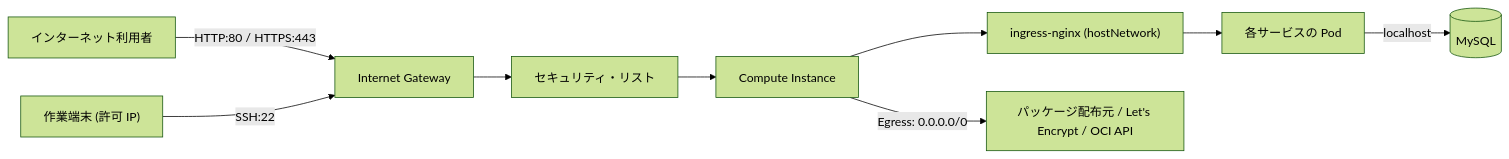
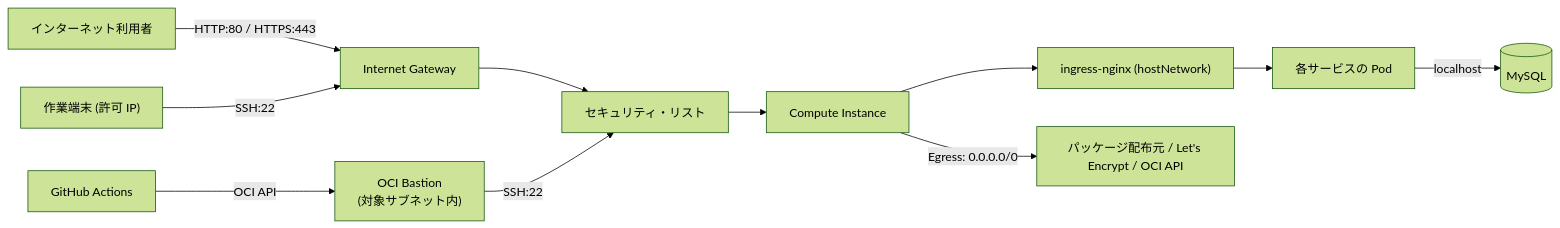
The diagram in docs/02.design/02.network/2章_基本設計書_ネットワーク設計.md (Seiya-Nakagawa/infra-oci), drawn with Mermaid (forest theme) before and after one commit. The commit also changed other lines of this file and 10 other files, not shown here.

First line of the commit message:
feat: Ansible CI/CD 用に OCI Bastion と最小権限 IAM を追加 (#138)

````diff
--- a/docs/02.design/02.network/2章_基本設計書_ネットワーク設計.md
+++ b/docs/02.design/02.network/2章_基本設計書_ネットワーク設計.md
@@ -58,11 +58,13 @@
 ```mermaid
 graph LR
     U["インターネット利用者"] -->|HTTP:80 / HTTPS:443| IGW["Internet Gateway"]
     OP["作業端末 (許可 IP)"] -->|SSH:22| IGW
     IGW --> SL["セキュリティ・リスト"]
+    GHA["GitHub Actions"] -->|OCI API| BASTION["OCI Bastion<br/>(対象サブネット内)"]
+    BASTION -->|SSH:22| SL
     SL --> INST["Compute Instance"]
     INST --> ING["ingress-nginx (hostNetwork)"]
     ING --> POD["各サービスの Pod"]
     POD -->|localhost| DB[("MySQL")]
     INST -->|Egress: 0.0.0.0/0| EXT["パッケージ配布元 / Let's Encrypt / OCI API"]
 ```
````
